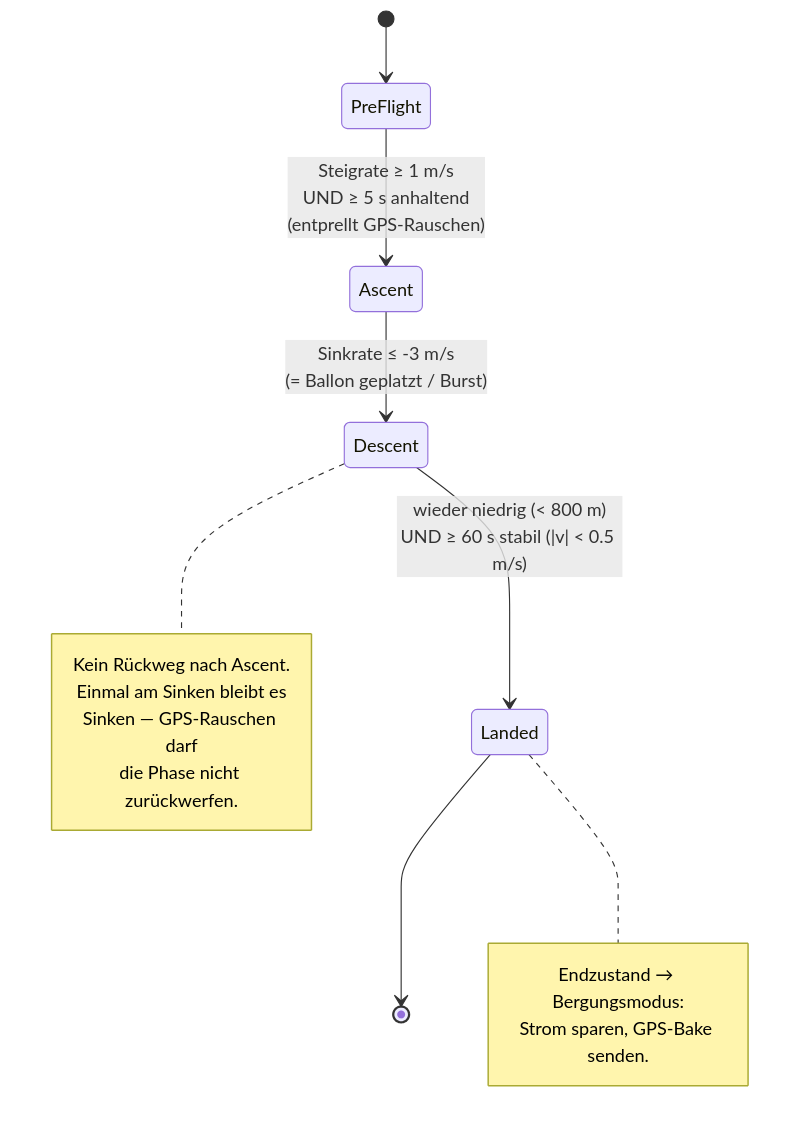
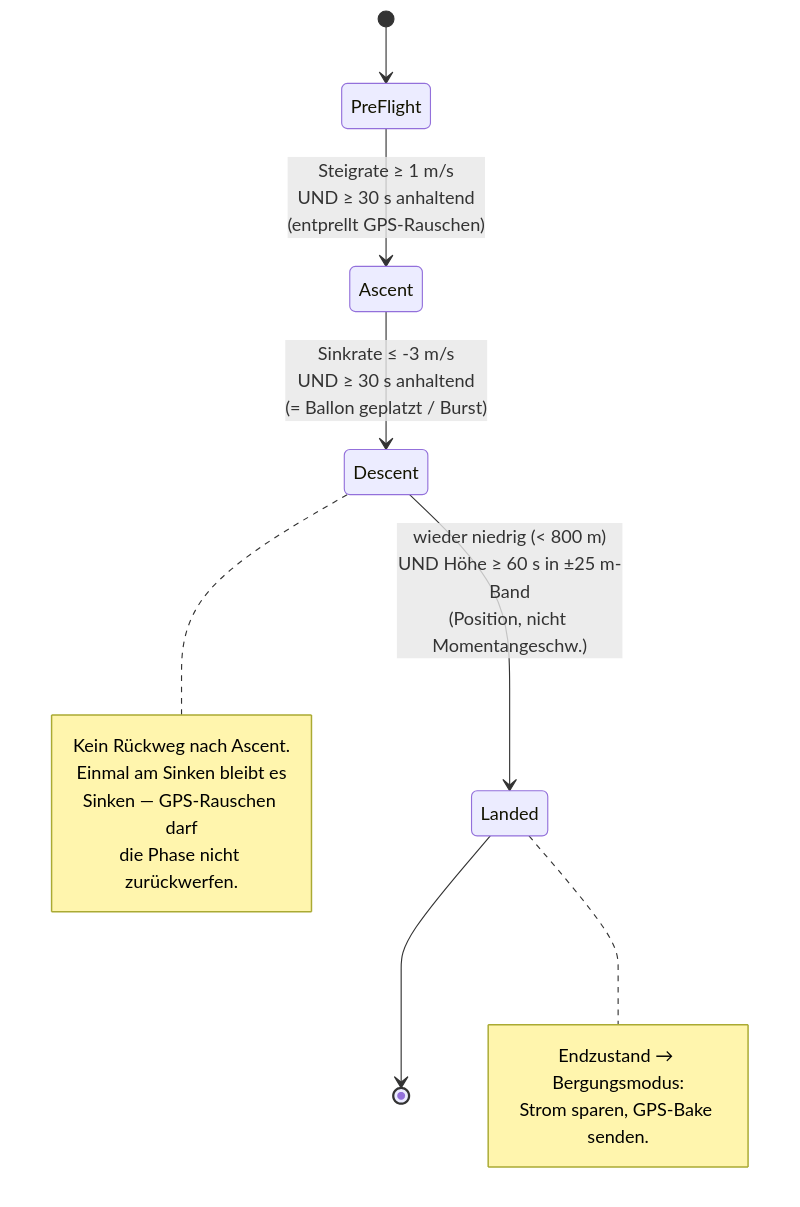
Before and after one commit to rhoentier/weather_balloon: the fifth of 6 diagrams in docs/software-flow.md, drawn with Mermaid. The commit also changed other lines of this file and 2 other files, not shown here.

First line of the commit message:
fix(telemetry): Phasenerkennung gegen GPS-Höhenrauschen härten

````diff
--- a/docs/software-flow.md
+++ b/docs/software-flow.md
@@ -227,21 +227,21 @@
 ```mermaid
 stateDiagram-v2
     [*] --> PreFlight
 
-    PreFlight --> Ascent: Steigrate ≥ 1 m/s<br/>UND ≥ 5 s anhaltend<br/>(entprellt GPS-Rauschen)
-    Ascent --> Descent: Sinkrate ≤ -3 m/s<br/>(= Ballon geplatzt / Burst)
-    Descent --> Landed: wieder niedrig (< 800 m)<br/>UND ≥ 60 s stabil (|v| < 0.5 m/s)
+    PreFlight --> Ascent: Steigrate ≥ 1 m/s<br/>UND ≥ 30 s anhaltend<br/>(entprellt GPS-Rauschen)
+    Ascent --> Descent: Sinkrate ≤ -3 m/s<br/>UND ≥ 30 s anhaltend<br/>(= Ballon geplatzt / Burst)
+    Descent --> Landed: wieder niedrig (< 800 m)<br/>UND Höhe ≥ 60 s in ±25 m-Band<br/>(Position, nicht Momentangeschw.)
     Landed --> [*]
 
     note right of Descent
         Kein Rückweg nach Ascent.
         Einmal am Sinken bleibt es
         Sinken — GPS-Rauschen darf
         die Phase nicht zurückwerfen.
     end note
 
     note right of Landed
         Endzustand → Bergungsmodus:
         Strom sparen, GPS-Bake senden.
     end note
 ```
````
